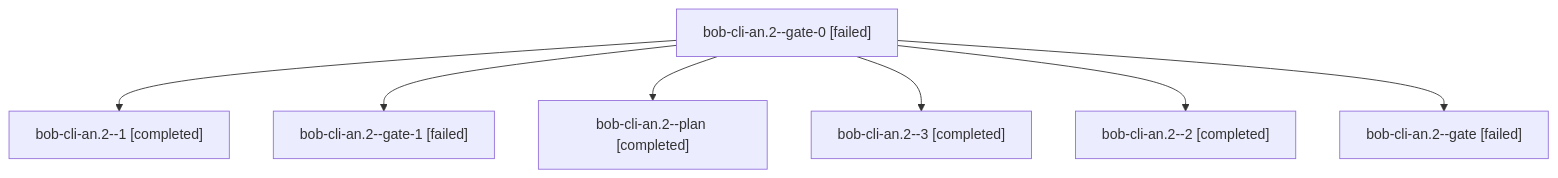
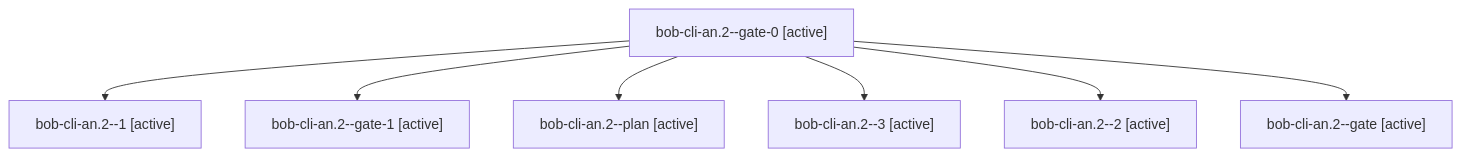
One commit to bobs-org/bob-cli--agents changed the diagram in sessions/bbugyi200.athena.bob-cli-an.2.md. Above: the diagram before and after it, drawn with Mermaid. The commit also changed other lines of this file and 122 other files, not shown here.

````diff
--- a/sessions/bbugyi200.athena.bob-cli-an.2.md
+++ b/sessions/bbugyi200.athena.bob-cli-an.2.md
@@ -9,16 +9,16 @@
 ```mermaid
 flowchart TD
-  n0["bob-cli-an.2--gate-0 [failed]"]
-  n1["bob-cli-an.2--1 [completed]"]
+  n0["bob-cli-an.2--gate-0 [active]"]
+  n1["bob-cli-an.2--1 [active]"]
   n0 --> n1
-  n2["bob-cli-an.2--gate-1 [failed]"]
+  n2["bob-cli-an.2--gate-1 [active]"]
   n0 --> n2
-  n3["bob-cli-an.2--plan [completed]"]
+  n3["bob-cli-an.2--plan [active]"]
   n0 --> n3
-  n4["bob-cli-an.2--3 [completed]"]
+  n4["bob-cli-an.2--3 [active]"]
   n0 --> n4
-  n5["bob-cli-an.2--2 [completed]"]
+  n5["bob-cli-an.2--2 [active]"]
   n0 --> n5
-  n6["bob-cli-an.2--gate [failed]"]
+  n6["bob-cli-an.2--gate [active]"]
   n0 --> n6
 ```
````
